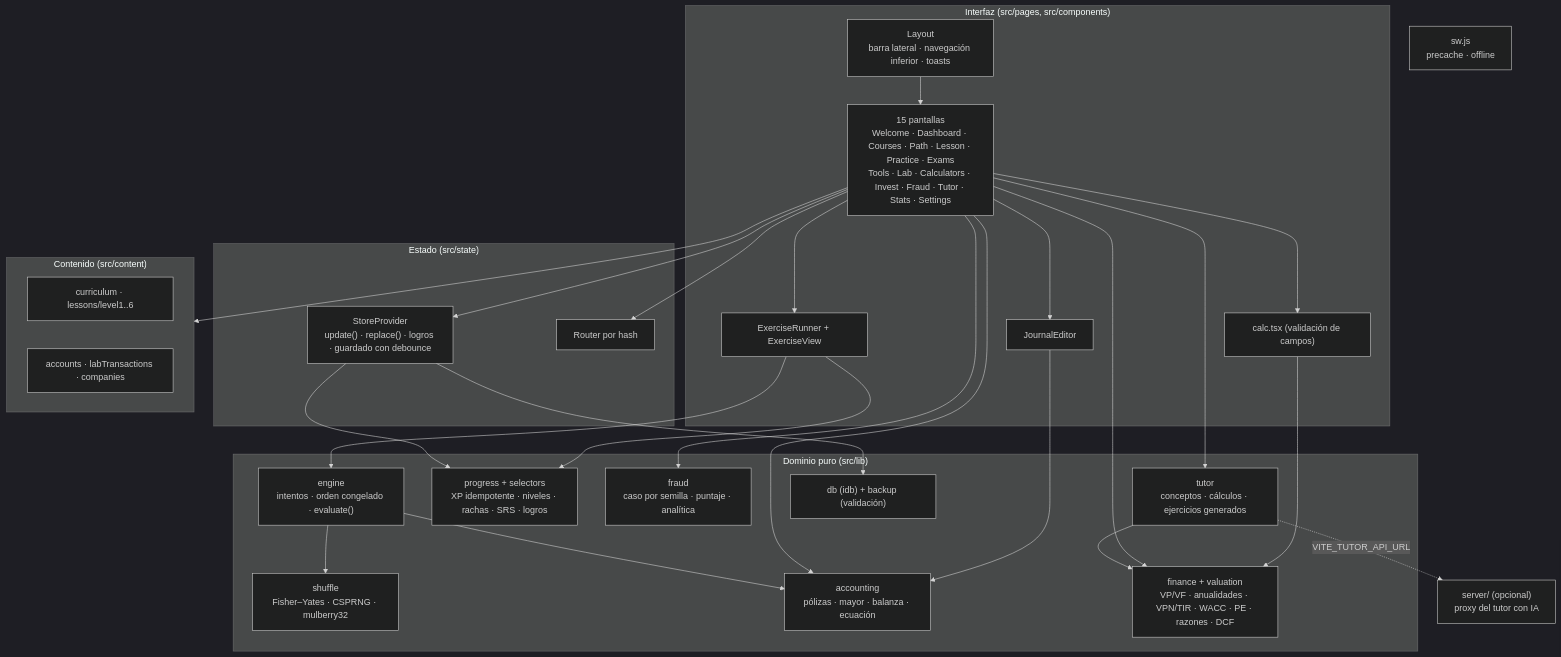
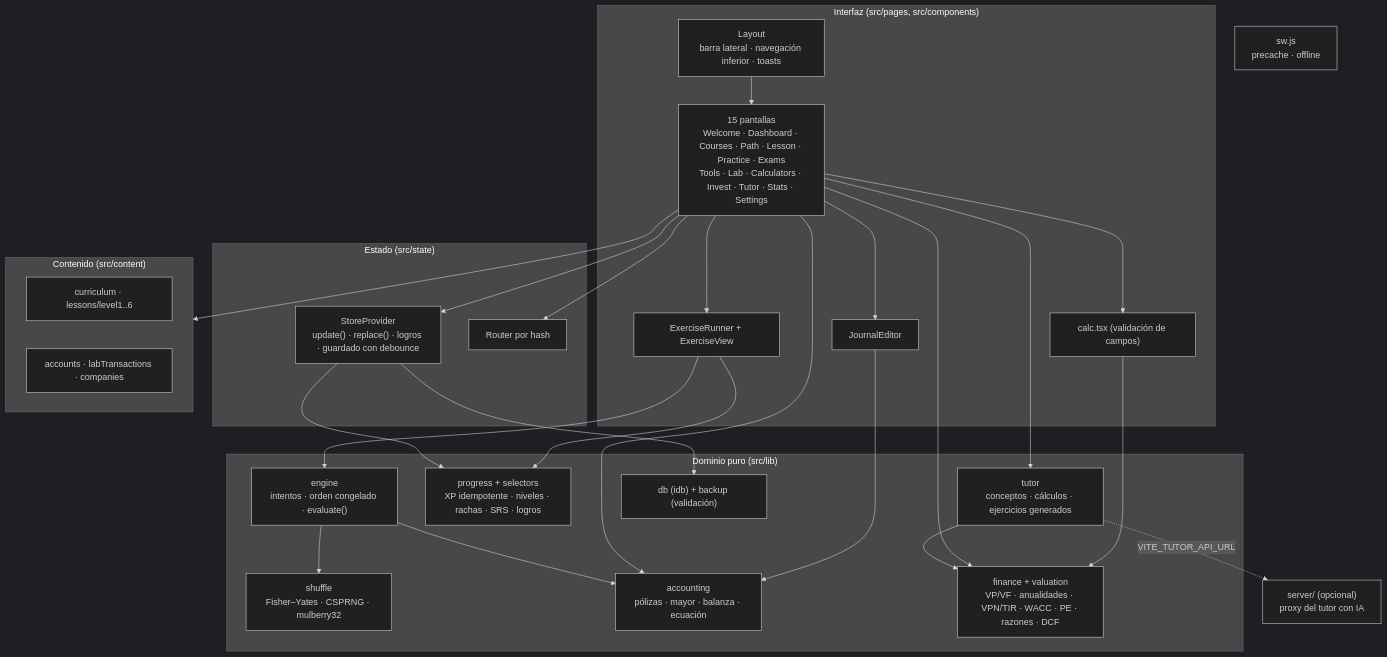
Before and after one commit to AlejandroCavazos/Fincore: the first of 2 diagrams in docs/ARCHITECTURE.md, drawn with Mermaid (dark theme). The commit also changed other lines of this file and 14 other files, not shown here.

````diff
--- a/docs/ARCHITECTURE.md
+++ b/docs/ARCHITECTURE.md
@@ -17,44 +17,43 @@
 ```mermaid
 flowchart TB
   subgraph UI["Interfaz (src/pages, src/components)"]
     Layout["Layout<br/>barra lateral · navegación inferior · toasts"]
-    Pages["15 pantallas<br/>Welcome · Dashboard · Courses · Path · Lesson · Practice · Exams<br/>Tools · Lab · Calculators · Invest · Fraud · Tutor · Stats · Settings"]
+    Pages["15 pantallas<br/>Welcome · Dashboard · Courses · Path · Lesson · Practice · Exams<br/>Tools · Lab · Calculators · Invest · Tutor · Stats · Settings"]
     Runner["ExerciseRunner + ExerciseView"]
     Journal["JournalEditor"]
     Calc["calc.tsx (validación de campos)"]
   end
   subgraph State["Estado (src/state)"]
     Store["StoreProvider<br/>update() · replace() · logros · guardado con debounce"]
     Router["Router por hash"]
   end
   subgraph Lib["Dominio puro (src/lib)"]
     Shuffle["shuffle<br/>Fisher–Yates · CSPRNG · mulberry32"]
     Engine["engine<br/>intentos · orden congelado · evaluate()"]
     Acc["accounting<br/>pólizas · mayor · balanza · ecuación"]
     Fin["finance + valuation<br/>VP/VF · anualidades · VPN/TIR · WACC · PE · razones · DCF"]
     Prog["progress + selectors<br/>XP idempotente · niveles · rachas · SRS · logros"]
-    Fraud["fraud<br/>caso por semilla · puntaje · analítica"]
     Tutor["tutor<br/>conceptos · cálculos · ejercicios generados"]
     DB["db (idb) + backup (validación)"]
   end
   subgraph Content["Contenido (src/content)"]
     Cur["curriculum · lessons/level1..6"]
     Cat["accounts · labTransactions · companies"]
   end
   SW["sw.js<br/>precache · offline"]
   Proxy["server/ (opcional)<br/>proxy del tutor con IA"]
 
   Pages --> Runner & Journal & Calc
   Layout --> Pages
   Pages --> Store & Router
   Runner --> Engine --> Shuffle
   Runner --> Prog
   Journal --> Acc
   Calc --> Fin
-  Pages --> Fraud & Tutor & Fin & Acc
+  Pages --> Tutor & Fin & Acc
   Store --> Prog & DB
   Engine --> Acc
   Tutor --> Fin
   Pages --> Content
   Tutor -. "VITE_TUTOR_API_URL" .-> Proxy
 ```
````
